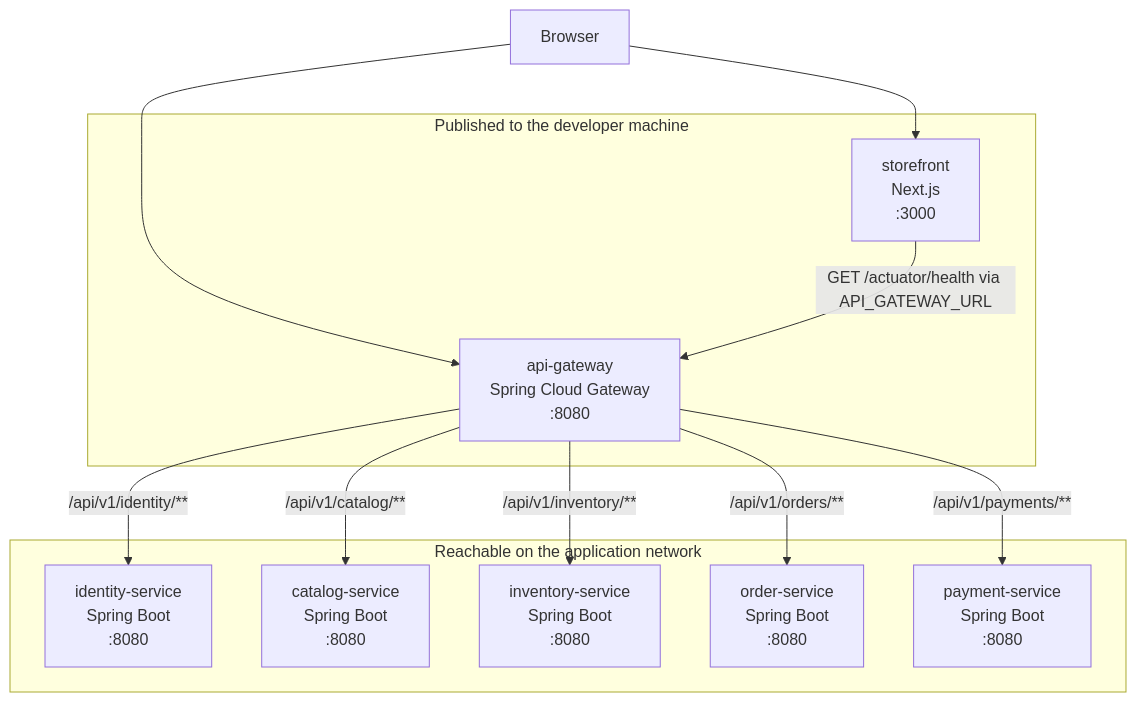
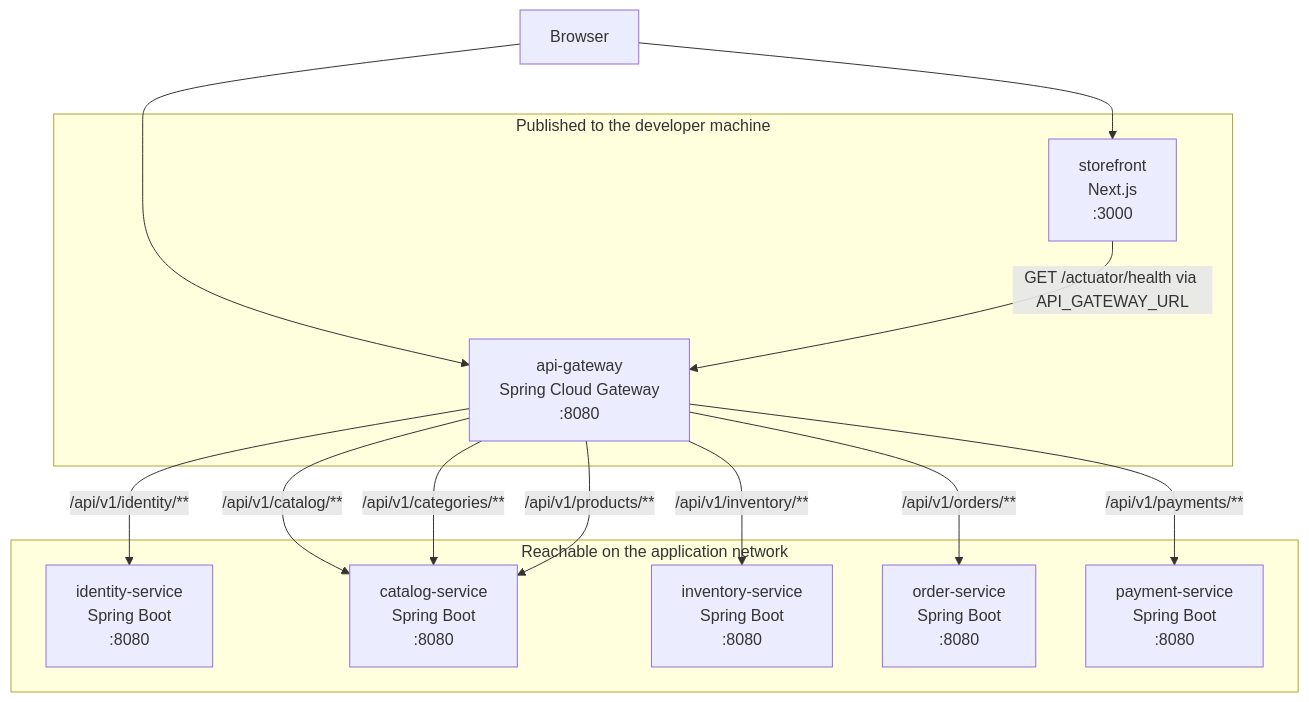
One commit to lecongnhat247/bazaar changed the diagram in docs/architecture/container-diagram.md. Above: the diagram before and after it, drawn with Mermaid. The commit also changed other lines of this file and 32 other files, not shown here.

First line of the commit message:
Add the catalog so customers can browse active products.

````diff
--- a/docs/architecture/container-diagram.md
+++ b/docs/architecture/container-diagram.md
@@ -5,26 +5,28 @@
 ```mermaid
 flowchart TB
   browser[Browser]
 
   subgraph clientHost [Published to the developer machine]
     storefront["storefront<br/>Next.js<br/>:3000"]
     gateway["api-gateway<br/>Spring Cloud Gateway<br/>:8080"]
   end
 
   subgraph internal [Reachable on the application network]
     identity["identity-service<br/>Spring Boot<br/>:8080"]
     catalog["catalog-service<br/>Spring Boot<br/>:8080"]
     inventory["inventory-service<br/>Spring Boot<br/>:8080"]
     orders["order-service<br/>Spring Boot<br/>:8080"]
     payments["payment-service<br/>Spring Boot<br/>:8080"]
   end
 
   browser --> storefront
   browser --> gateway
   storefront -->|GET /actuator/health via API_GATEWAY_URL| gateway
   gateway -->|/api/v1/identity/**| identity
   gateway -->|/api/v1/catalog/**| catalog
+  gateway -->|/api/v1/categories/**| catalog
+  gateway -->|/api/v1/products/**| catalog
   gateway -->|/api/v1/inventory/**| inventory
   gateway -->|/api/v1/orders/**| orders
   gateway -->|/api/v1/payments/**| payments
 ```
````
